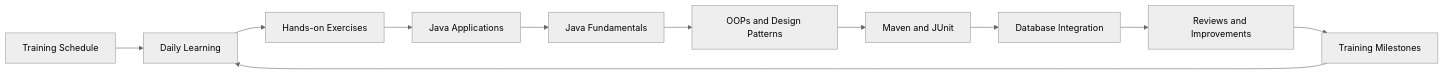
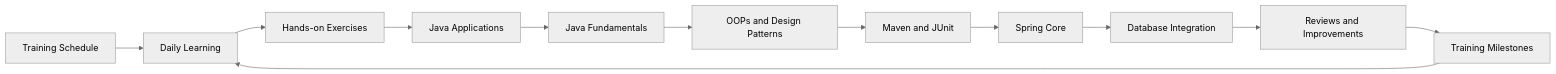
The diagram in README.md (KishoreMuruganantham/hexaware-training-journal), drawn with Mermaid (neutral theme) before and after one commit. The commit also changed other lines of this file and 1 other file, not shown here.

Commit message:
Update journal for Spring Core training

````diff
--- a/README.md
+++ b/README.md
@@ -7,13 +7,14 @@
 ```mermaid
 flowchart LR
     A[Training Schedule] --> B[Daily Learning]
     B --> C[Hands-on Exercises]
     C --> D[Java Applications]
     D --> H[Java Fundamentals]
     H --> I[OOPs and Design Patterns]
     I --> J[Maven and JUnit]
-    J --> E[Database Integration]
+    J --> K[Spring Core]
+    K --> E[Database Integration]
     E --> F[Reviews and Improvements]
     F --> G[Training Milestones]
     G --> B
 ```
````
